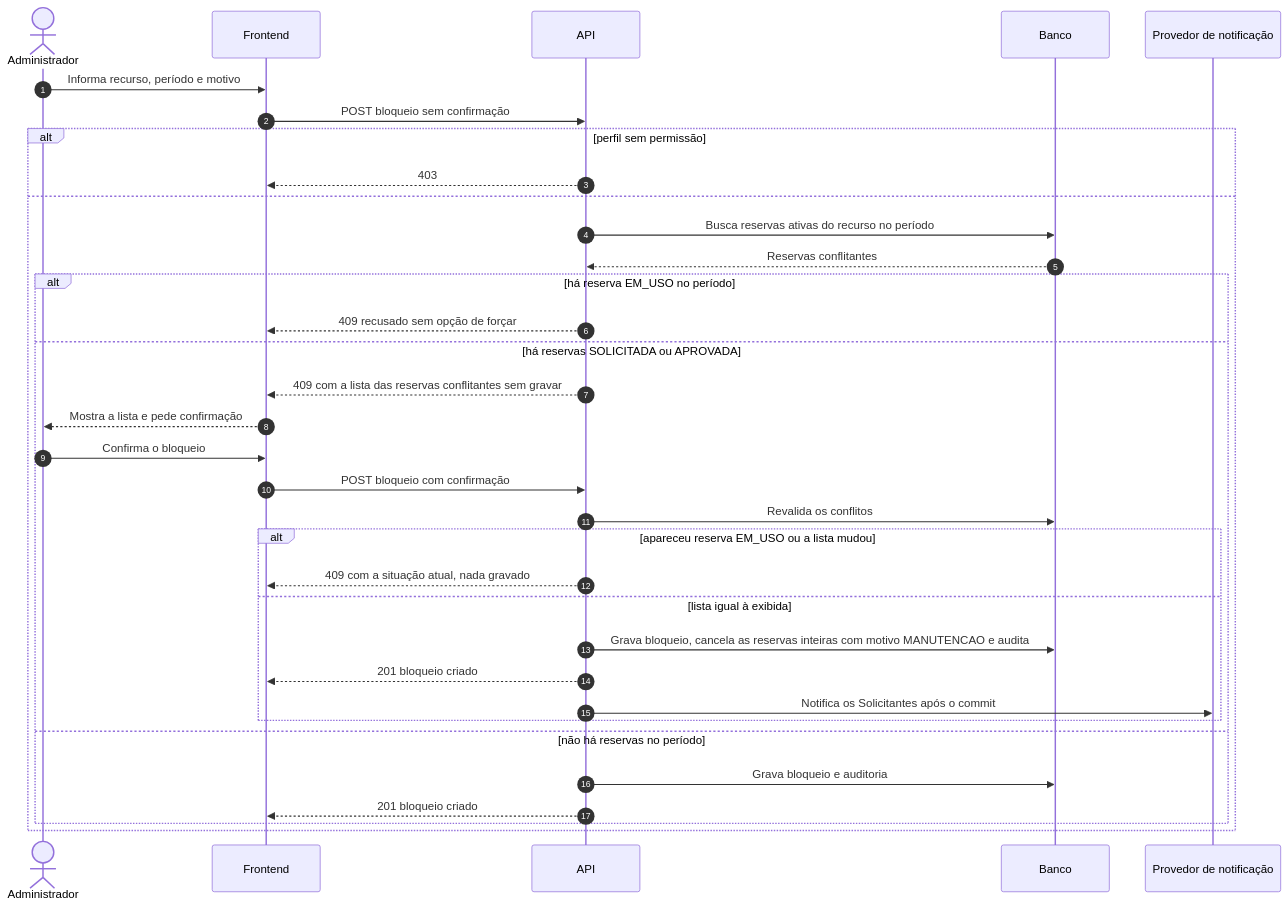
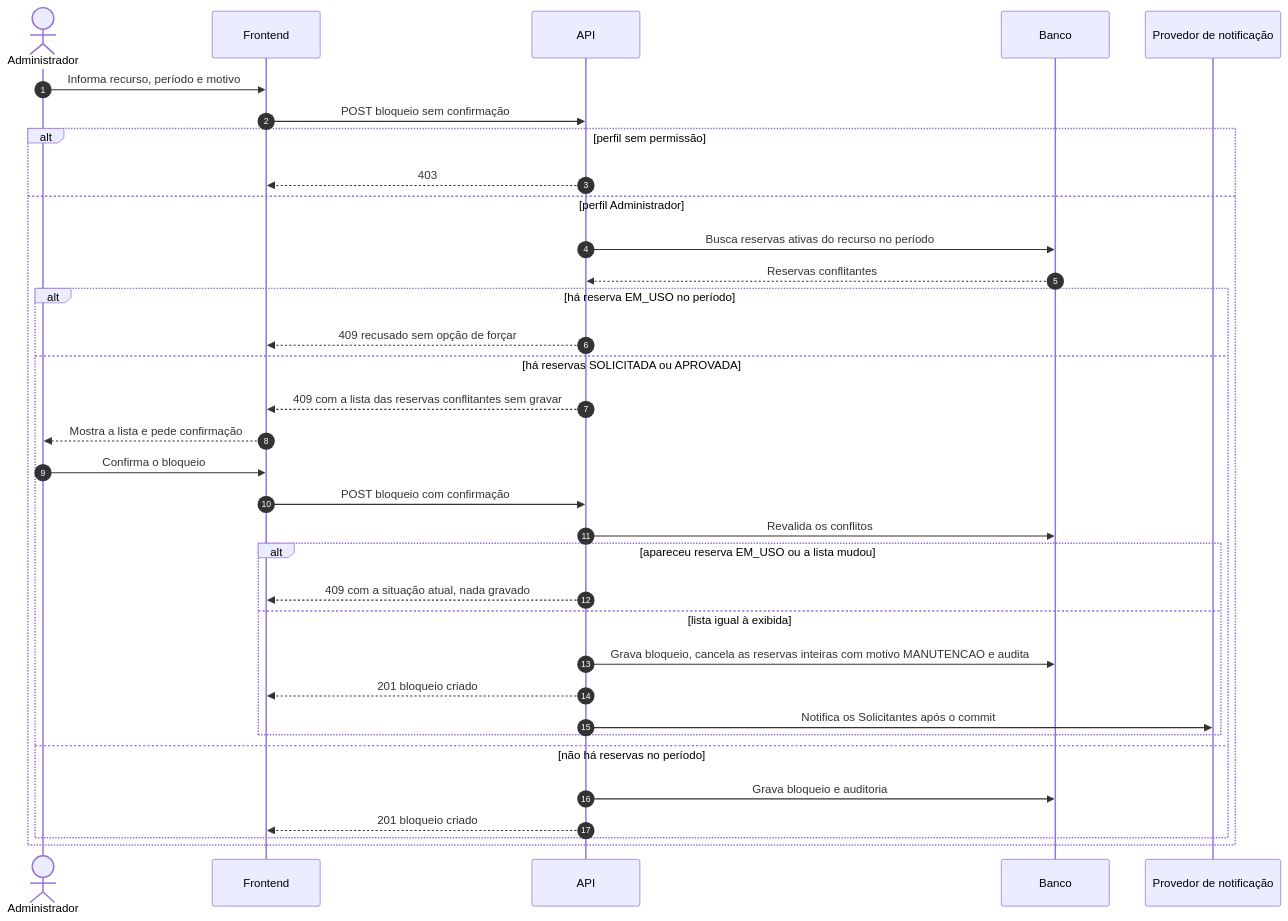
One commit to Jefferson-Silva-Geronimo/Projeto-QA-Organizador-de-Recursos-Jefferson changed the eighth of 14 diagrams in docs/prd/fluxos-sequencia.md. Above: the diagram before and after it, drawn with Mermaid. The commit also changed other lines of this file, not shown here.

First line of the commit message:
docs: revisao fases 0 e 1 - diagramas de sequencia

````diff
--- a/docs/prd/fluxos-sequencia.md
+++ b/docs/prd/fluxos-sequencia.md
@@ -373,36 +379,36 @@
 ```mermaid
 sequenceDiagram
     autonumber
     actor Ad as Administrador
     participant F as Frontend
     participant A as API
     participant B as Banco
     participant P as Provedor de notificação
     Ad->>F: Informa recurso, período e motivo
     F->>A: POST bloqueio sem confirmação
     alt perfil sem permissão
         A-->>F: 403
-    else
+    else perfil Administrador
         A->>B: Busca reservas ativas do recurso no período
         B-->>A: Reservas conflitantes
         alt há reserva EM_USO no período
             A-->>F: 409 recusado sem opção de forçar
         else há reservas SOLICITADA ou APROVADA
             A-->>F: 409 com a lista das reservas conflitantes sem gravar
             F-->>Ad: Mostra a lista e pede confirmação
             Ad->>F: Confirma o bloqueio
             F->>A: POST bloqueio com confirmação
             A->>B: Revalida os conflitos
             alt apareceu reserva EM_USO ou a lista mudou
                 A-->>F: 409 com a situação atual, nada gravado
             else lista igual à exibida
                 A->>B: Grava bloqueio, cancela as reservas inteiras com motivo MANUTENCAO e audita
                 A-->>F: 201 bloqueio criado
                 A->>P: Notifica os Solicitantes após o commit
             end
         else não há reservas no período
             A->>B: Grava bloqueio e auditoria
             A-->>F: 201 bloqueio criado
         end
     end
 ```
````
